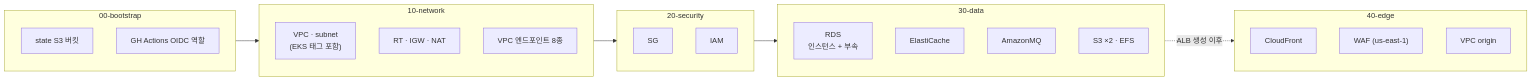
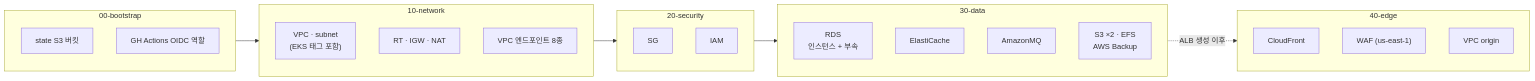
The second of 7 diagrams in Docs/11-target-architecture.md (kjbddo/bitcomputer-emr), drawn with Mermaid before and after one commit. The commit also changed other lines of this file, not shown here.

First line of the commit message:
docs: 백업을 AWS Backup 으로 정하고 마지막 열린 항목을 닫는다

````diff
--- a/Docs/11-target-architecture.md
+++ b/Docs/11-target-architecture.md
@@ -241,30 +243,30 @@
 ```mermaid
 flowchart LR
   subgraph L0["00-bootstrap"]
     B1["state S3 버킷"]
     B2["GH Actions OIDC 역할"]
   end
   subgraph L1["10-network"]
     N1["VPC · subnet<br/>(EKS 태그 포함)"]
     N2["RT · IGW · NAT"]
     N3["VPC 엔드포인트 8종"]
   end
   subgraph L2["20-security"]
     S1["SG"]
     S2["IAM"]
   end
   subgraph L3["30-data"]
     D1["RDS<br/>인스턴스 + 부속"]
     D2["ElastiCache"]
     D3["AmazonMQ"]
-    D4["S3 ×2 · EFS"]
+    D4["S3 ×2 · EFS<br/>AWS Backup"]
   end
   subgraph L4["40-edge"]
     E1["CloudFront"]
     E2["WAF (us-east-1)"]
     E3["VPC origin"]
   end
 
   L0 --> L1 --> L2 --> L3
   L3 -.ALB 생성 이후.-> L4
 ```
````
